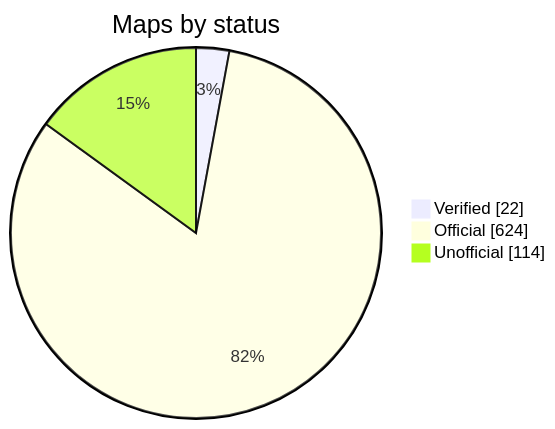
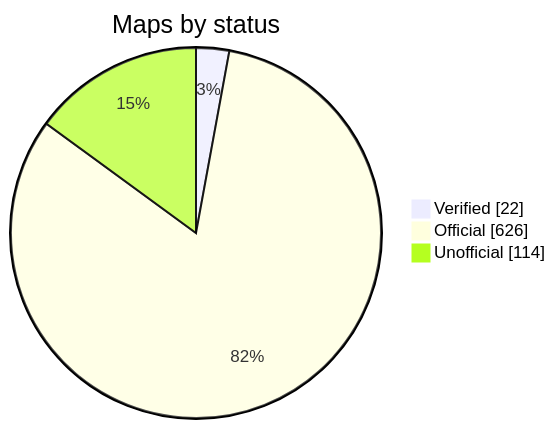
Before and after one commit to nobrega8/mbmap-library: the diagram in README.md, drawn with Mermaid. The commit also changed 7 other files, not shown here.

````diff
--- a/README.md
+++ b/README.md
@@ -52,7 +52,7 @@
 ```mermaid
 pie showData
     title Maps by status
     "Verified" : 22
-    "Official" : 624
+    "Official" : 626
     "Unofficial" : 114
 ```
````
